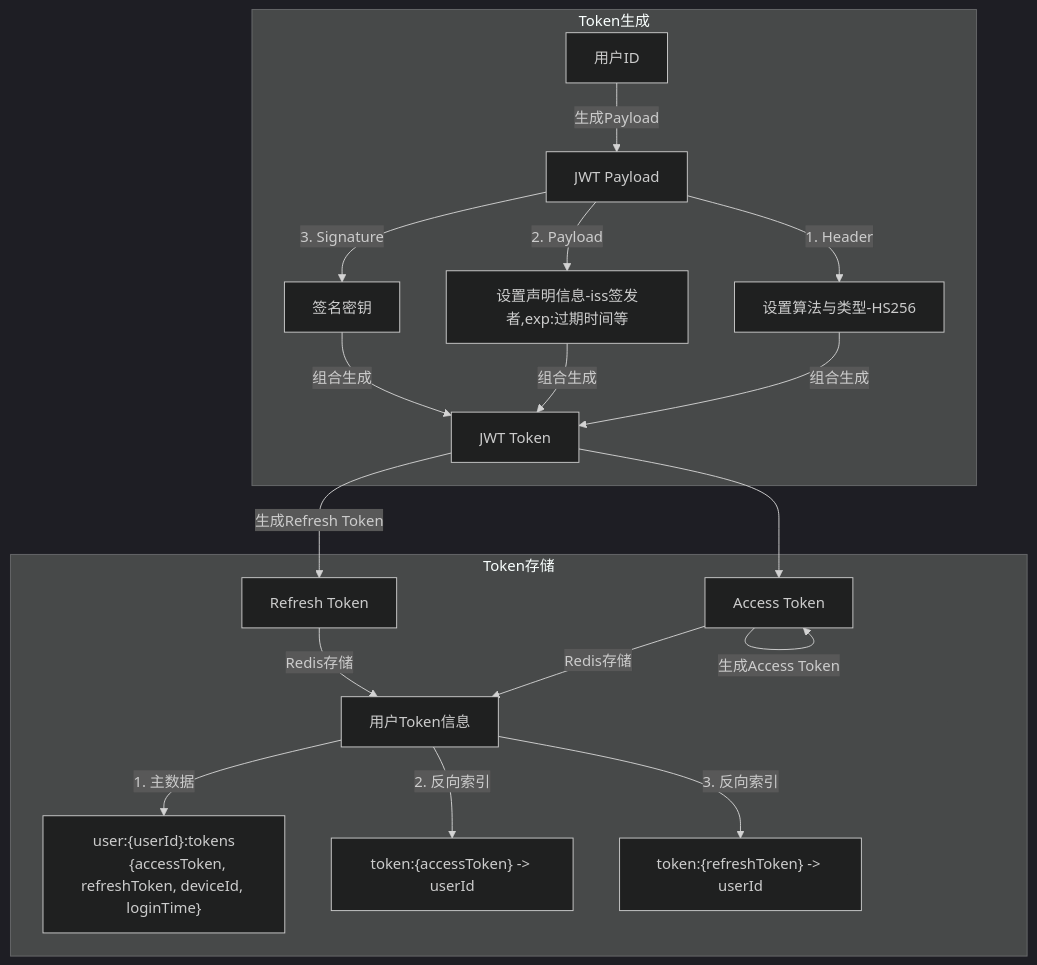
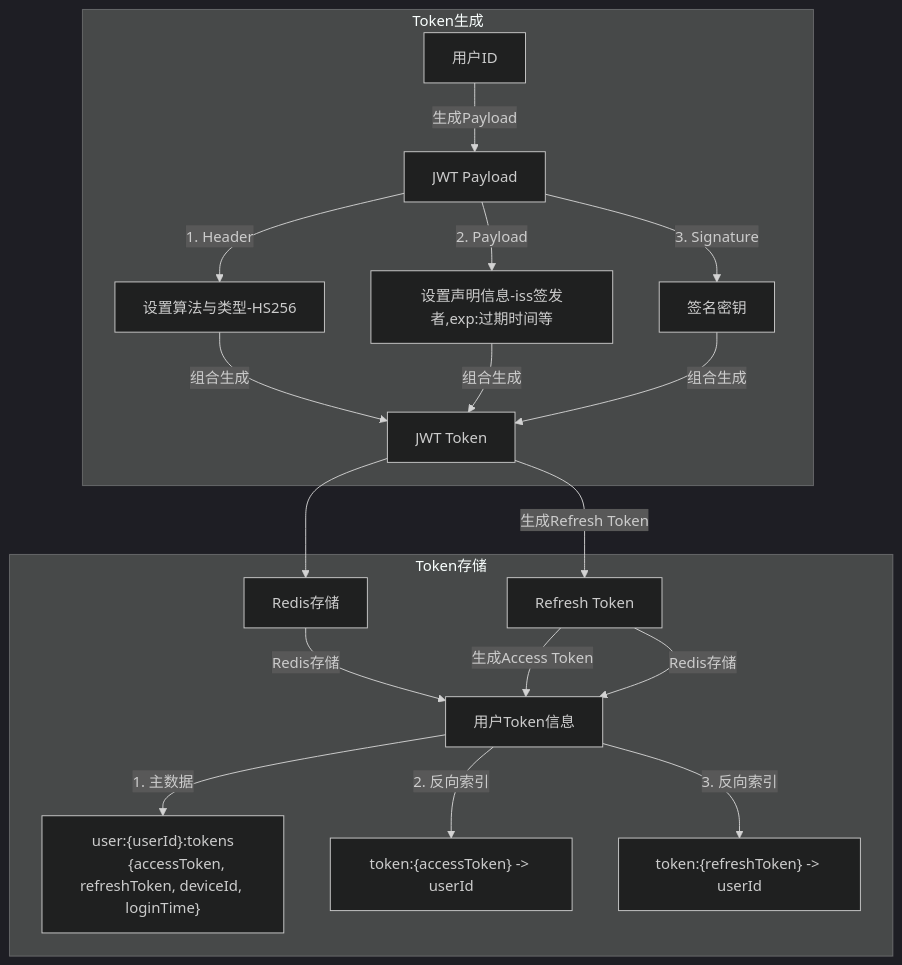
The diagram in all/未命名-15.md (yingjianzh/iodraw-files), drawn with Mermaid (dark theme) before and after one commit.

Commit message:
2025-01-02 18:23:30 update

````diff
--- a/all/未命名-15.md
+++ b/all/未命名-15.md
@@ -1,23 +1,23 @@
 ```mermaid
 flowchart TD
     subgraph Token生成
         A[用户ID] -->|生成Payload| B[JWT Payload]
         B -->|1. Header| C[设置算法与类型-HS256]
         B -->|2. Payload| D[设置声明信息-iss签发者,exp:过期时间等]
         B -->|3. Signature| E[签名密钥]
         C & D & E -->|组合生成| F[JWT Token]
     end
     
     subgraph Token存储
         F --> G[Redis存储]
-         -->|生成Access Token| G[Access Token]
+        H -->|生成Access Token| I[Access Token]
         F -->|生成Refresh Token| H[Refresh Token]
         G & H -->|Redis存储| I[用户Token信息]
         I -->|1. 主数据| J["user:{userId}:tokens
         {accessToken, refreshToken, deviceId, loginTime}"]
         I -->|2. 反向索引| K["token:{accessToken} -> userId"]
         I -->|3. 反向索引| L["token:{refreshToken} -> userId"]
     end
     
     
 ```
````
